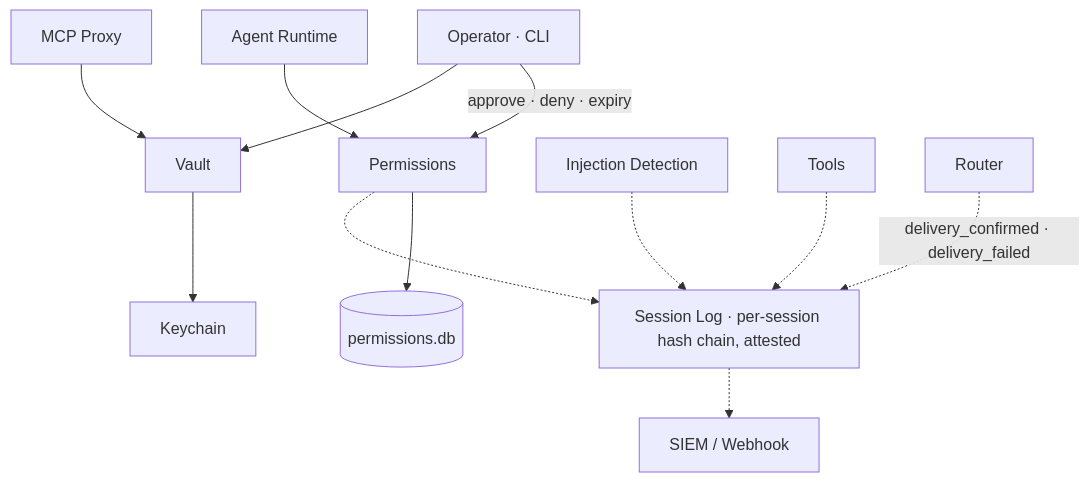
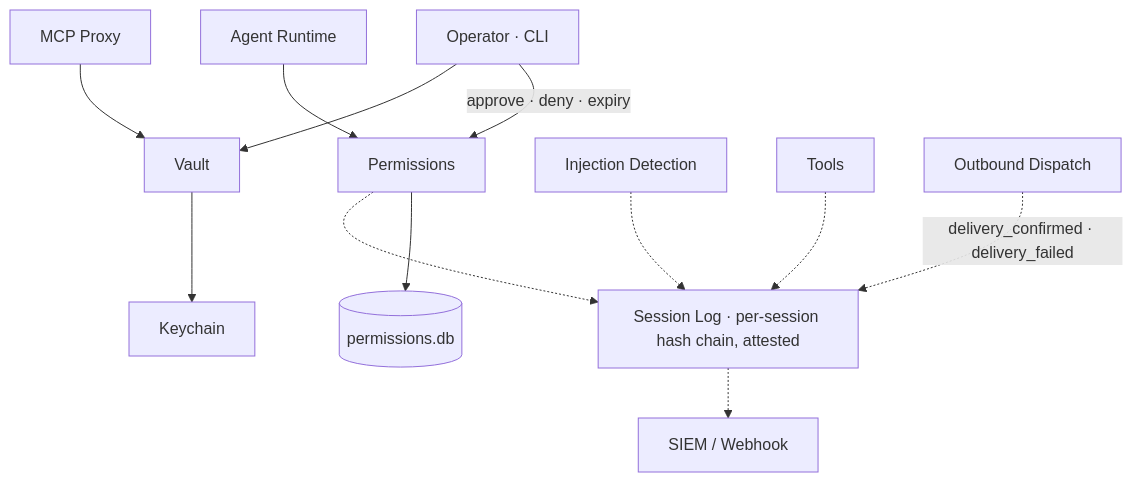
Before and after one commit to gebruder/wirken: the second of 2 diagrams in README.md, drawn with Mermaid. The commit also changed other lines of this file, not shown here.

First line of the commit message:
Attribute the outbound edge to the code that writes it

````diff
--- a/README.md
+++ b/README.md
@@ -204,14 +205,14 @@
 ```mermaid
 graph TD
     Operator["Operator · CLI"] -- "approve · deny · expiry" --> Permissions
     Permissions --> PermsDb[("permissions.db")]
     Operator --> Vault --> Keychain
     Agent[Agent Runtime] --> Permissions
     McpProxy[MCP Proxy] --> Vault
 
     Detect[Injection Detection] -.-> SessionLog
     Permissions -.-> SessionLog
     Tools -.-> SessionLog
-    Router -. "delivery_confirmed · delivery_failed" .-> SessionLog
+    Outbound["Outbound Dispatch"] -. "delivery_confirmed · delivery_failed" .-> SessionLog
     SessionLog["Session Log · per-session hash chain, attested"] -.-> SIEM[SIEM / Webhook]
 ```
````
